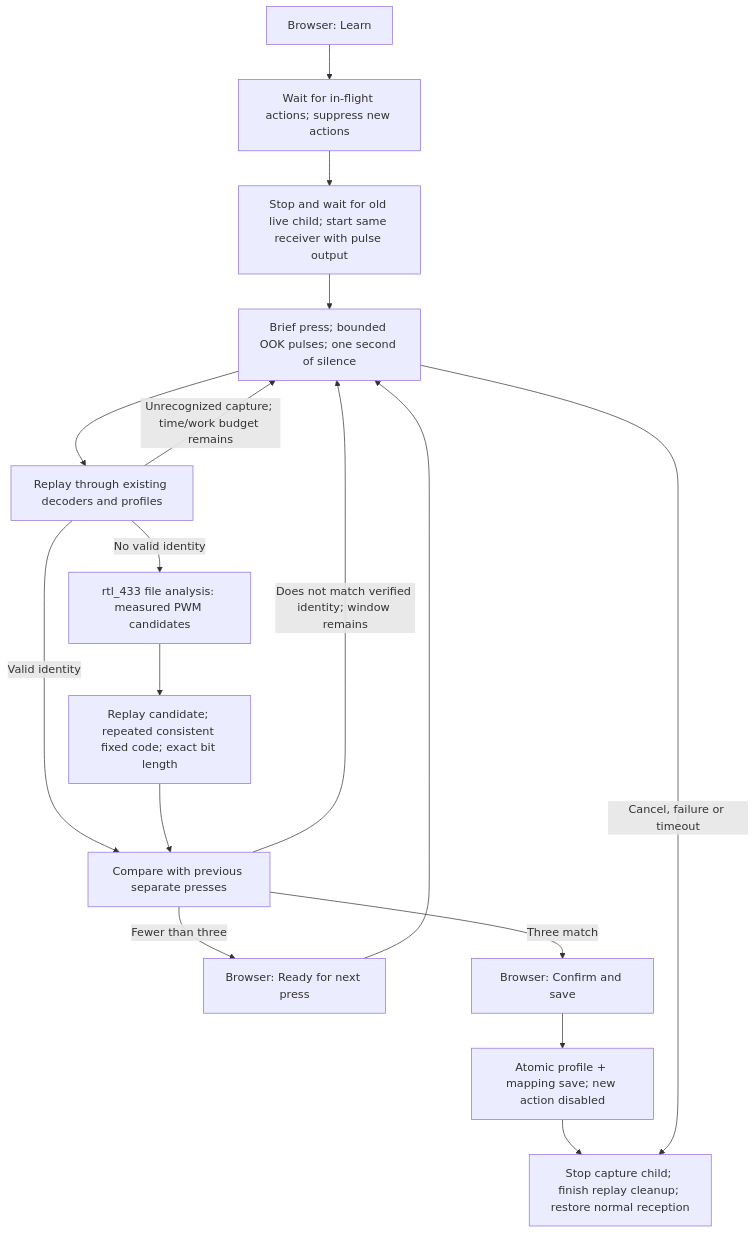
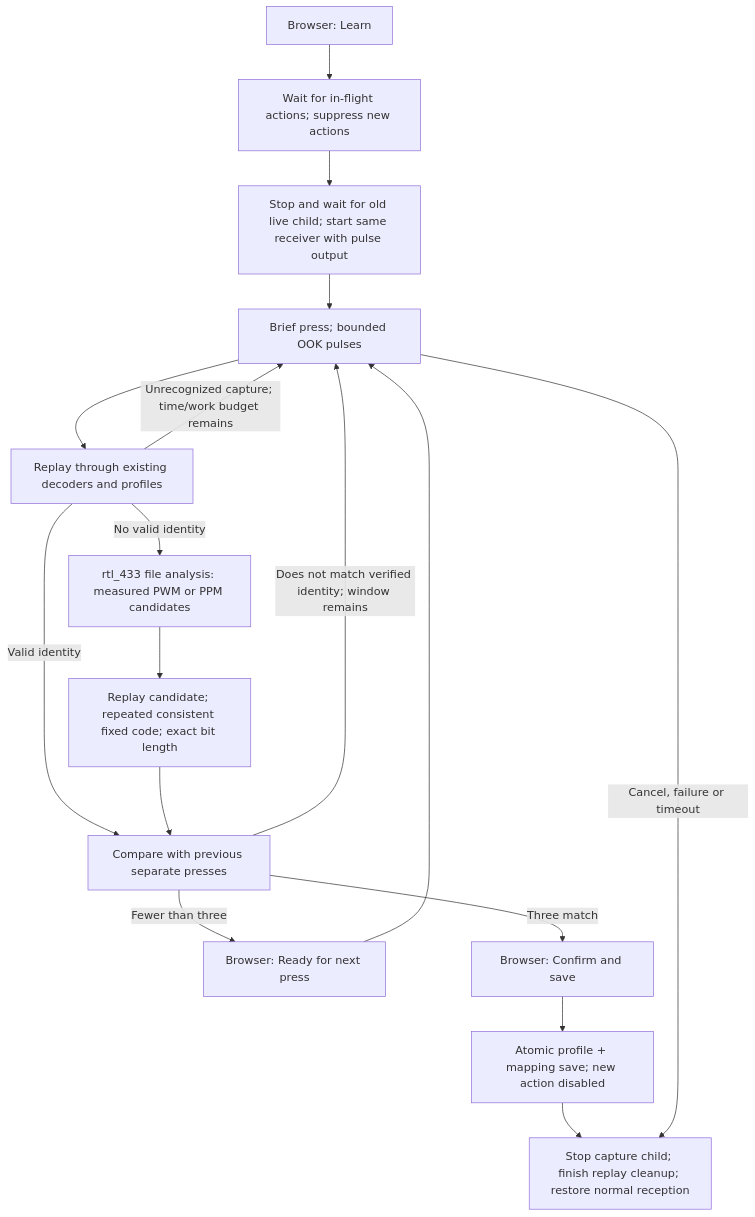
Before and after one commit to ninoleto/rf433-button-manager: the diagram in docs/LEARNING.md, drawn with Mermaid. The commit also changed other lines of this file and 32 other files, not shown here.

Commit message:
fix: learn rtl_433 button events and discover PWM/PPM profiles in the GUI

````diff
--- a/docs/LEARNING.md
+++ b/docs/LEARNING.md
@@ -99,19 +104,19 @@
 ```mermaid
 flowchart TD
     Learn[Browser: Learn] --> Pause[Wait for in-flight actions; suppress new actions]
     Pause --> Live[Stop and wait for old live child; start same receiver with pulse output]
-    Live --> Capture[Brief press; bounded OOK pulses; one second of silence]
+    Live --> Capture[Brief press; bounded OOK pulses]
     Capture --> Existing[Replay through existing decoders and profiles]
-    Existing -->|No valid identity| Analyze[rtl_433 file analysis: measured PWM candidates]
+    Existing -->|No valid identity| Analyze[rtl_433 file analysis: measured PWM or PPM candidates]
     Analyze --> Proof[Replay candidate; repeated consistent fixed code; exact bit length]
     Existing -->|Valid identity| Match[Compare with previous separate presses]
     Proof --> Match
     Existing -->|Unrecognized capture; time/work budget remains| Capture
     Match -->|Does not match verified identity; window remains| Capture
     Match -->|Fewer than three| Arm[Browser: Ready for next press]
     Arm --> Capture
     Match -->|Three match| Confirm[Browser: Confirm and save]
     Confirm --> Save[Atomic profile + mapping save; new action disabled]
     Save --> Restore[Stop capture child; finish replay cleanup; restore normal reception]
     Capture -->|Cancel, failure or timeout| Restore
 ```
````
